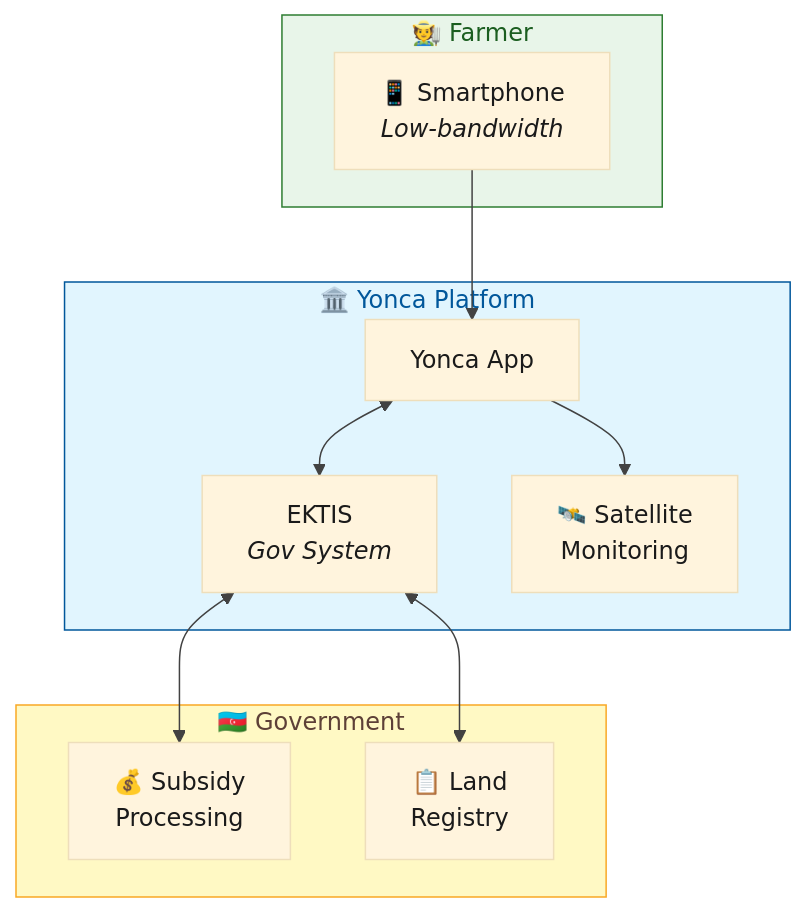
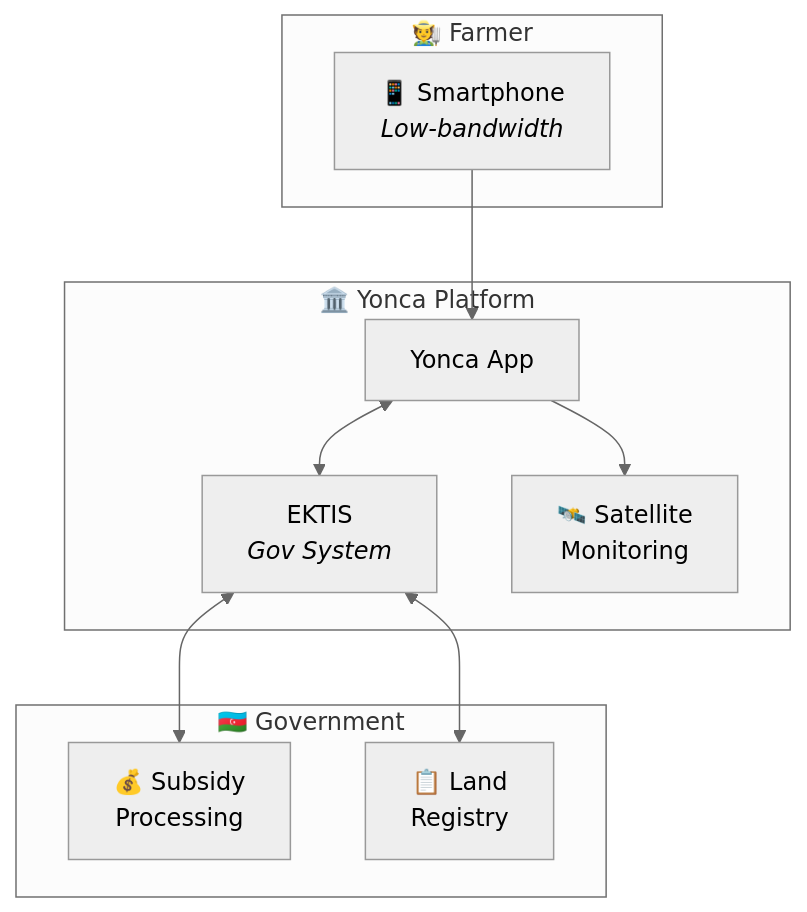
One commit to Px8Studio/yonja changed the eighth of 25 diagrams in docs/zekalab/03-ARCHITECTURE.md. Above: the diagram before and after it, drawn with Mermaid. The commit also changed other lines of this file and 15 other files, not shown here.

````diff
--- a/docs/zekalab/03-ARCHITECTURE.md
+++ b/docs/zekalab/03-ARCHITECTURE.md
@@ -175,28 +323,24 @@
 ```mermaid
-%%{init: {'theme': 'base', 'themeVariables': { 'primaryTextColor': '#1a1a1a', 'lineColor': '#424242'}}}%%
+%%{init: {'theme': 'neutral'}}%%
 graph TB
     subgraph farmer["🧑‍🌾 Farmer"]
         phone["📱 Smartphone<br/><i>Low-bandwidth</i>"]
     end
     
     subgraph platform["🏛️ Yonca Platform"]
         app["Yonca App"]
         ektis["EKTIS<br/><i>Gov System</i>"]
         satellite["🛰️ Satellite<br/>Monitoring"]
     end
     
     subgraph gov["🇦🇿 Government"]
         subsidy["💰 Subsidy<br/>Processing"]
         registry["📋 Land<br/>Registry"]
     end
     
     phone --> app
     app <--> ektis
     app --> satellite
     ektis <--> subsidy
     ektis <--> registry
-    
-    style farmer fill:#e8f5e9,stroke:#2e7d32,color:#1b5e20
-    style platform fill:#e1f5fe,stroke:#01579b,color:#01579b
-    style gov fill:#fff9c4,stroke:#f9a825,color:#5d4037
 ```
````
